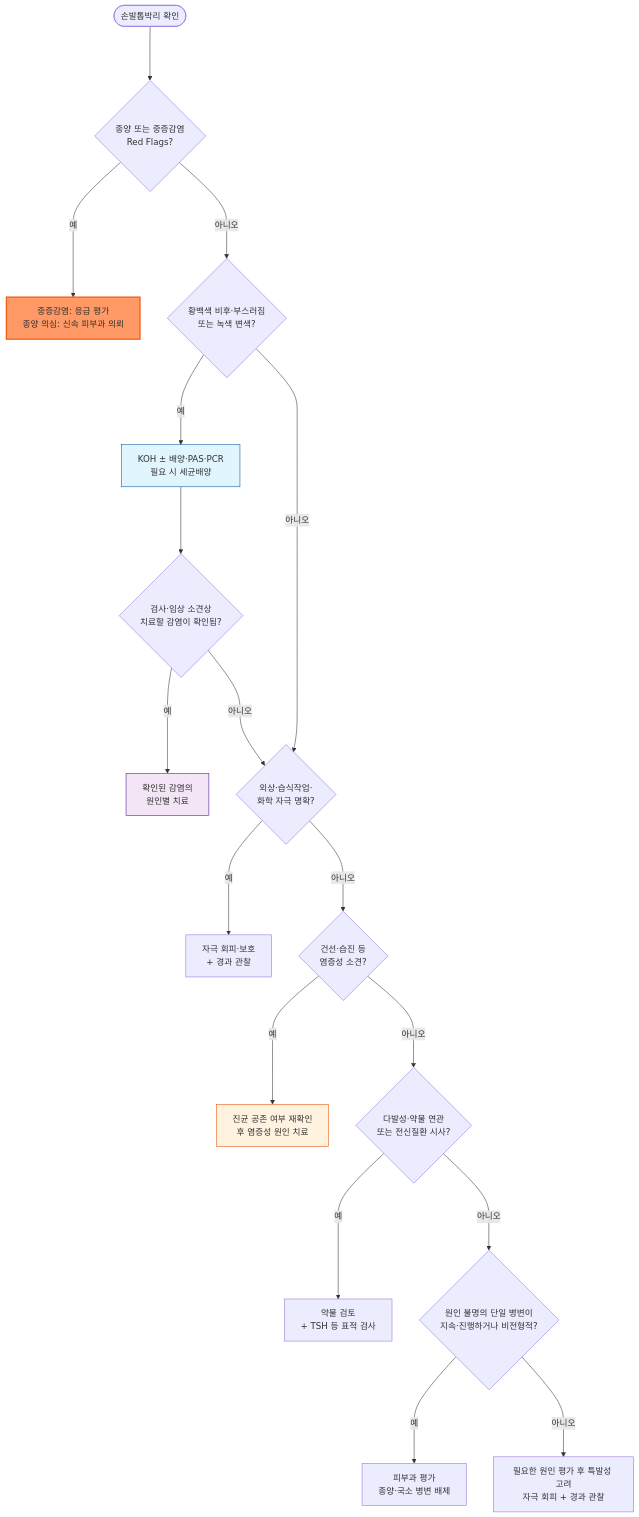
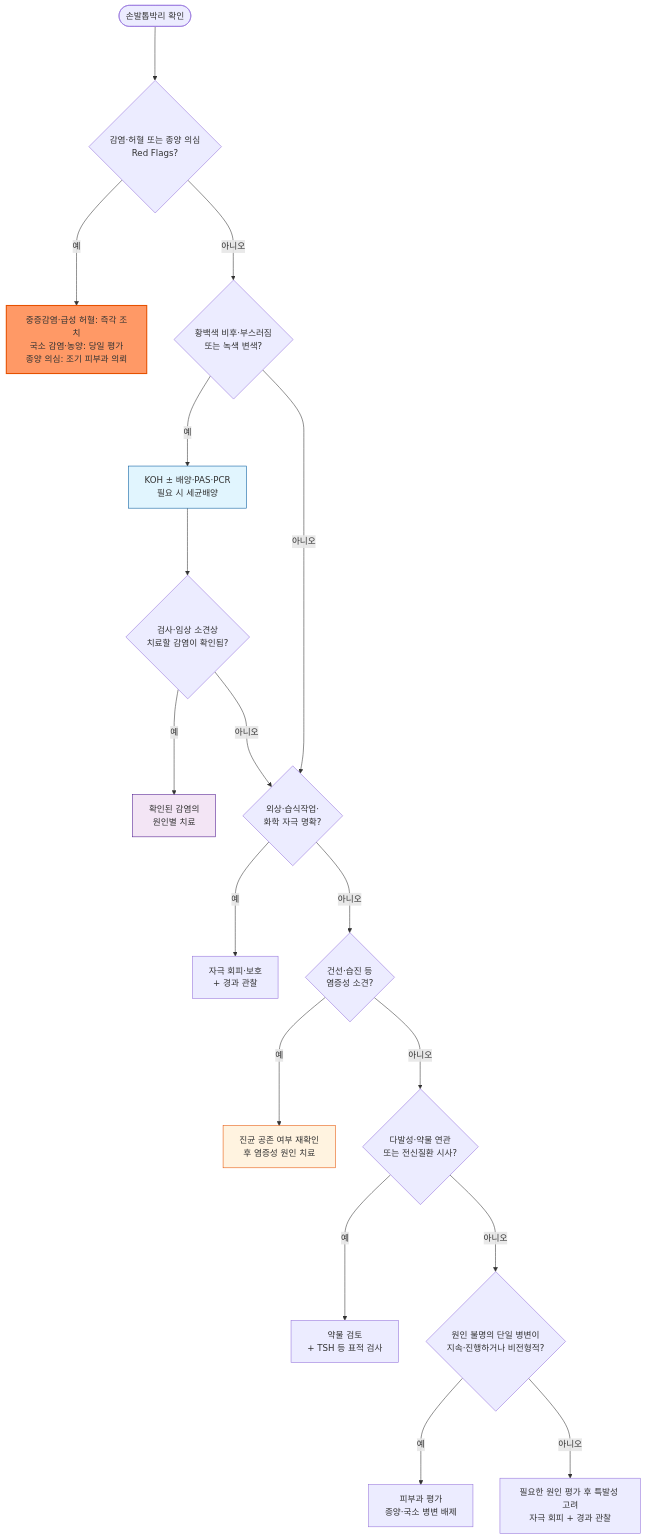
One commit to familyoh77/familyoh77 changed the diagram in 229_/175_-onycholysis.md. Above: the diagram before and after it, drawn with Mermaid. The commit also changed other lines of this file and 9 other files, not shown here.

````diff
--- a/229_/175_-onycholysis.md
+++ b/229_/175_-onycholysis.md
@@ -124,24 +126,24 @@
 ```mermaid
 graph TD
-    A(["손발톱박리 확인"]) ---> B{"종양 또는 중증감염<br/>Red Flags?"}
-    B --->|예| C["중증감염: 응급 평가<br/>종양 의심: 신속 피부과 의뢰"]
+    A(["손발톱박리 확인"]) ---> B{"감염·허혈 또는 종양 의심<br/>Red Flags?"}
+    B --->|예| C["중증감염·급성 허혈: 즉각 조치<br/>국소 감염·농양: 당일 평가<br/>종양 의심: 조기 피부과 의뢰"]
     B --->|아니오| D{"황백색 비후·부스러짐<br/>또는 녹색 변색?"}
     D --->|예| E["KOH ± 배양·PAS·PCR<br/>필요 시 세균배양"]
     E ---> F{"검사·임상 소견상<br/>치료할 감염이 확인됨?"}
     F --->|예| N["확인된 감염의<br/>원인별 치료"]
     F --->|아니오| G
     D --->|아니오| G{"외상·습식작업·<br/>화학 자극 명확?"}
     G --->|예| H["자극 회피·보호<br/>+ 경과 관찰"]
     G --->|아니오| I{"건선·습진 등<br/>염증성 소견?"}
     I --->|예| J["진균 공존 여부 재확인<br/>후 염증성 원인 치료"]
     I --->|아니오| K{"다발성·약물 연관<br/>또는 전신질환 시사?"}
     K --->|예| L["약물 검토<br/>+ TSH 등 표적 검사"]
     K --->|아니오| Q{"원인 불명의 단일 병변이<br/>지속·진행하거나 비전형적?"}
     Q --->|예| R["피부과 평가<br/>종양·국소 병변 배제"]
     Q --->|아니오| M["필요한 원인 평가 후 특발성 고려<br/>자극 회피 + 경과 관찰"]
 
     style C fill:#f96,stroke:#e65100,stroke-width:2px
     style E fill:#e1f5fe,stroke:#01579b
     style N fill:#f3e5f5,stroke:#4a148c
     style J fill:#fff3e0,stroke:#e65100
 ```
````
